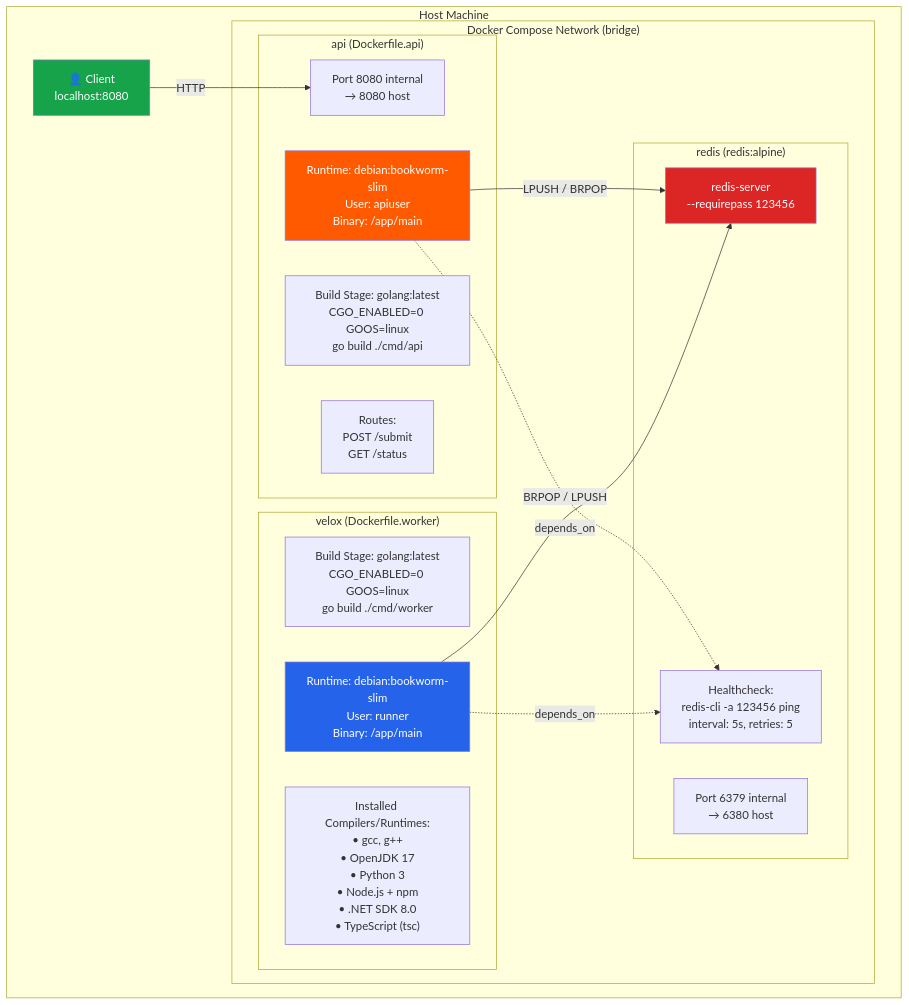
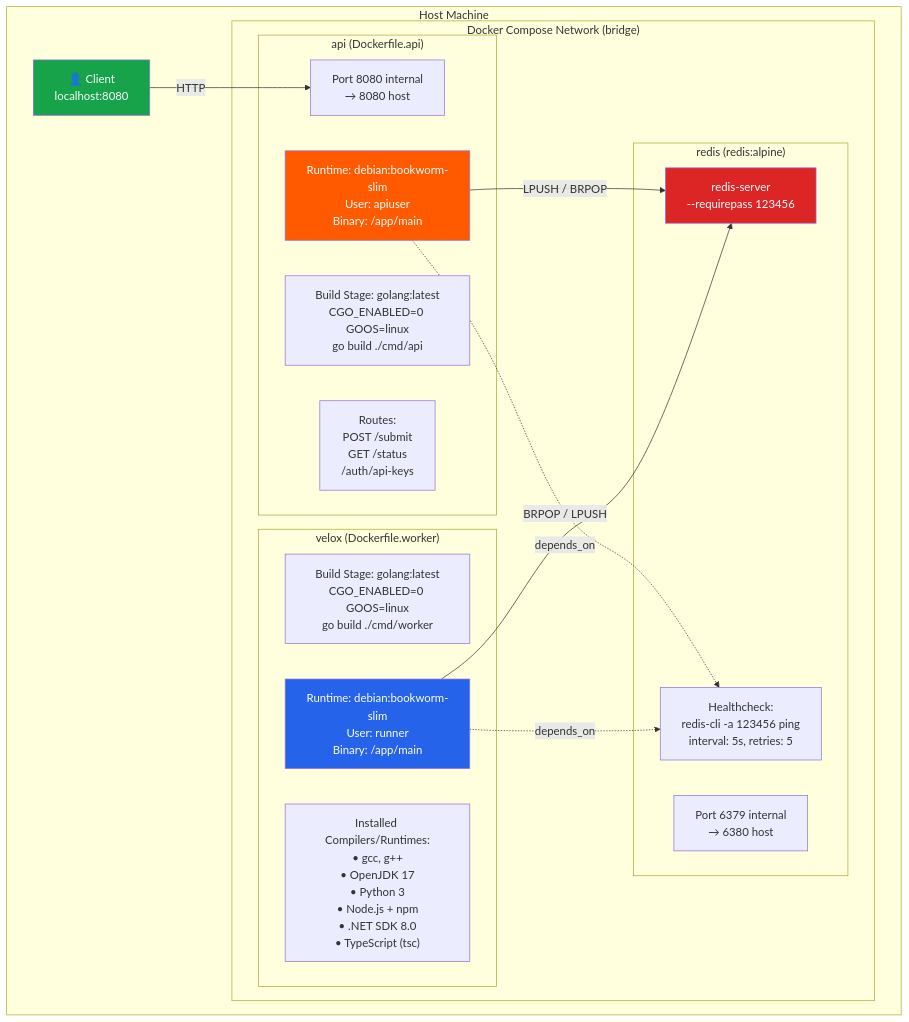
One commit to Smanikanta21/velox changed the first of 4 diagrams in Diagrams/06_component_diagram.md. Above: the diagram before and after it, drawn with Mermaid. The commit also changed other lines of this file and 6 other files, not shown here.

````diff
--- a/Diagrams/06_component_diagram.md
+++ b/Diagrams/06_component_diagram.md
@@ -9,40 +9,40 @@
 ```mermaid
 graph TB
     subgraph "Host Machine"
         subgraph "Docker Compose Network (bridge)"
             
             subgraph "redis (redis:alpine)"
                 R_PROC["redis-server<br/>--requirepass 123456"]
                 R_PORT["Port 6379 internal<br/>→ 6380 host"]
                 R_HEALTH["Healthcheck:<br/>redis-cli -a 123456 ping<br/>interval: 5s, retries: 5"]
             end
 
             subgraph "api (Dockerfile.api)"
                 A_BUILD["Build Stage: golang:latest<br/>CGO_ENABLED=0 GOOS=linux<br/>go build ./cmd/api"]
                 A_RUNTIME["Runtime: debian:bookworm-slim<br/>User: apiuser<br/>Binary: /app/main"]
                 A_PORT["Port 8080 internal<br/>→ 8080 host"]
-                A_ROUTES["Routes:<br/>POST /submit<br/>GET /status"]
+                A_ROUTES["Routes:<br/>POST /submit<br/>GET /status<br/>/auth/api-keys"]
             end
 
             subgraph "velox (Dockerfile.worker)"
                 W_BUILD["Build Stage: golang:latest<br/>CGO_ENABLED=0 GOOS=linux<br/>go build ./cmd/worker"]
                 W_RUNTIME["Runtime: debian:bookworm-slim<br/>User: runner<br/>Binary: /app/main"]
                 W_TOOLS["Installed Compilers/Runtimes:<br/>• gcc, g++<br/>• OpenJDK 17<br/>• Python 3<br/>• Node.js + npm<br/>• .NET SDK 8.0<br/>• TypeScript (tsc)"]
             end
         end
 
         Client["👤 Client<br/>localhost:8080"]
     end
 
     Client -->|"HTTP"| A_PORT
     A_RUNTIME -->|"LPUSH / BRPOP"| R_PROC
     W_RUNTIME -->|"BRPOP / LPUSH"| R_PROC
 
     A_RUNTIME -.->|"depends_on"| R_HEALTH
     W_RUNTIME -.->|"depends_on"| R_HEALTH
 
     style R_PROC fill:#dc2626,color:#fff
     style A_RUNTIME fill:#ff5a00,color:#fff
     style W_RUNTIME fill:#2563eb,color:#fff
     style Client fill:#16a34a,color:#fff
 ```
````
